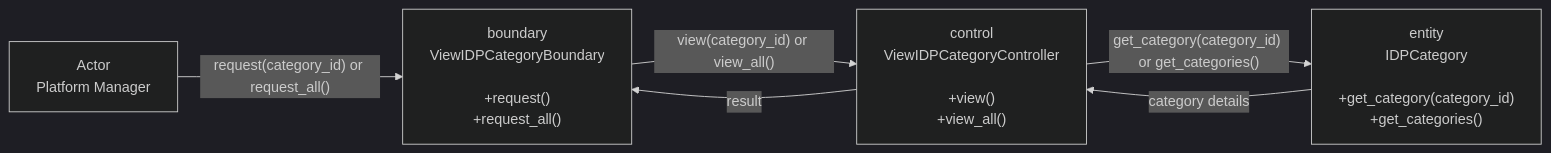
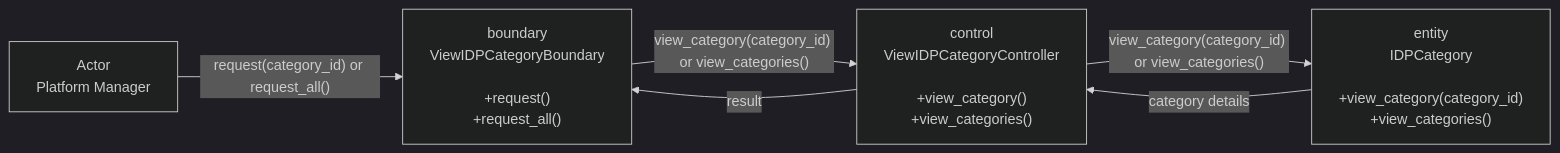
The first of 2 diagrams in diagrams/US40_View_IDP_Category/README.md (boyinapuddle/CSIT314-Chinese), drawn with Mermaid (dark theme) before and after one commit. The commit also changed other lines of this file and 140 other files, not shown here.

Commit message:
made controller and entity method names the same

````diff
--- a/diagrams/US40_View_IDP_Category/README.md
+++ b/diagrams/US40_View_IDP_Category/README.md
@@ -5,12 +5,12 @@
 ```mermaid
 flowchart LR
     N0["Actor<br/>Platform Manager"]
     N1["boundary<br/>ViewIDPCategoryBoundary<br/><br/>+request()<br/>+request_all()"]
-    N2["control<br/>ViewIDPCategoryController<br/><br/>+view()<br/>+view_all()"]
-    N3["entity<br/>IDPCategory<br/><br/>+get_category(category_id)<br/>+get_categories()"]
+    N2["control<br/>ViewIDPCategoryController<br/><br/>+view_category()<br/>+view_categories()"]
+    N3["entity<br/>IDPCategory<br/><br/>+view_category(category_id)<br/>+view_categories()"]
     N0 -->|"request(category_id) or request_all()"| N1
-    N1 -->|"view(category_id) or view_all()"| N2
-    N2 -->|"get_category(category_id) or get_categories()"| N3
+    N1 -->|"view_category(category_id) or view_categories()"| N2
+    N2 -->|"view_category(category_id) or view_categories()"| N3
     N3 -->|"category details"| N2
     N2 -->|"result"| N1
 ```
````
